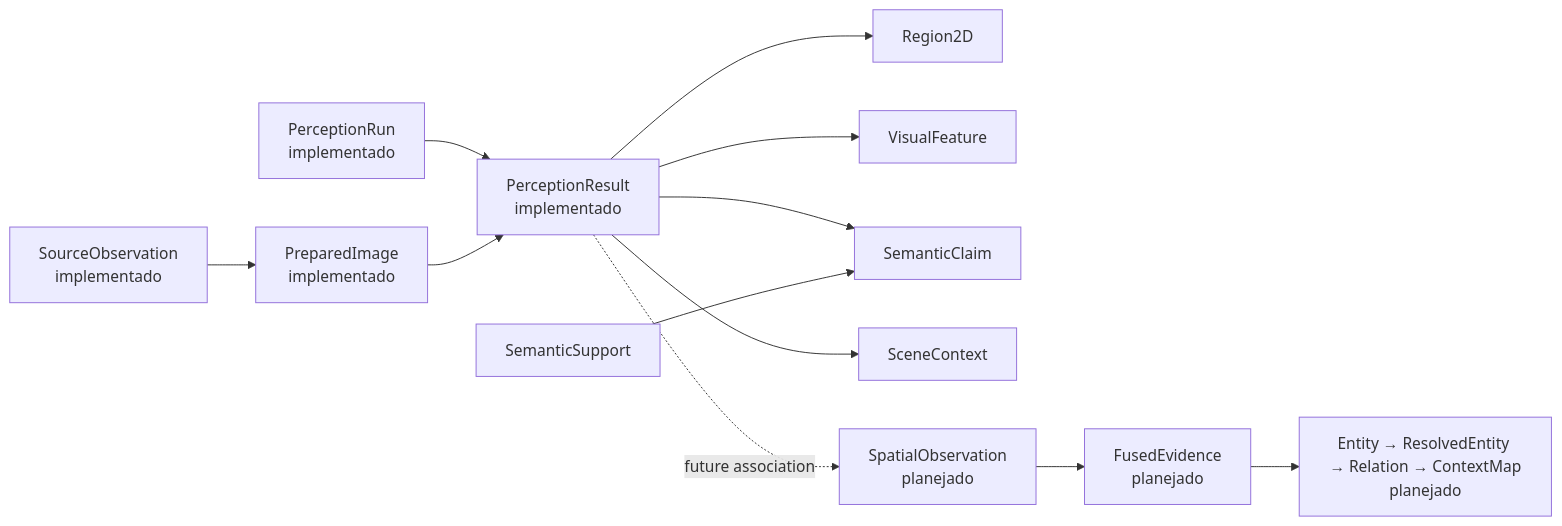
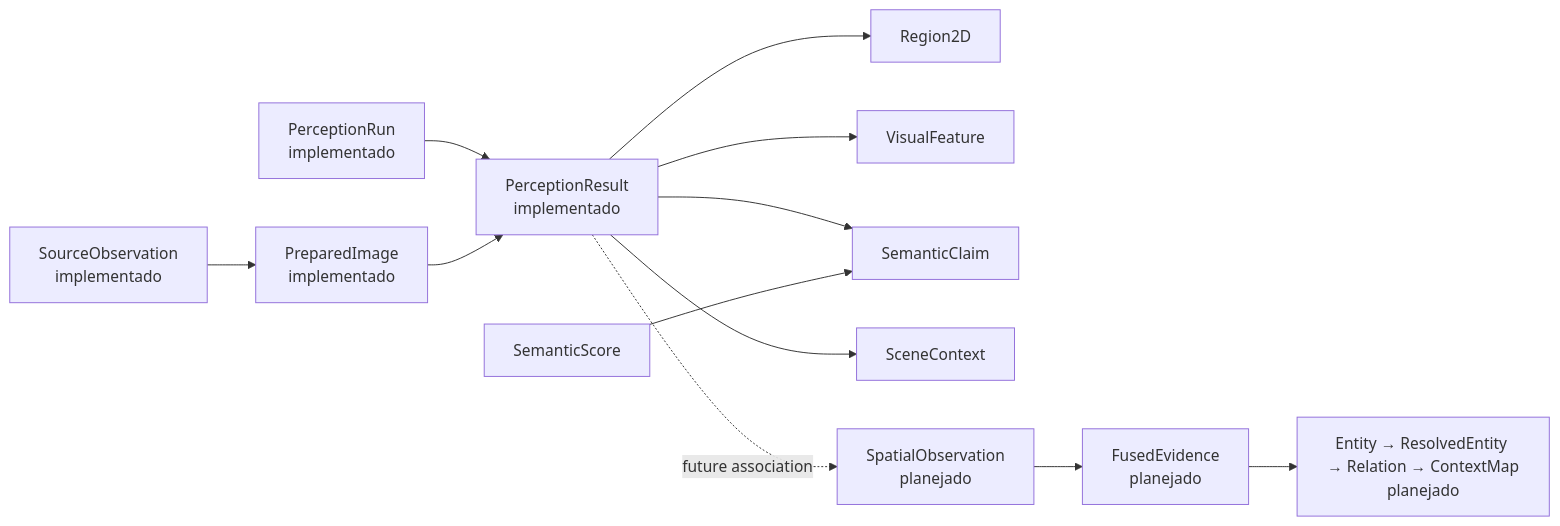
One commit to Alexandre-Tortoza/contextmap2 changed the first of 4 diagrams in docs/CONTRACTS.md. Above: the diagram before and after it, drawn with Mermaid. The commit also changed other lines of this file and 17 other files, not shown here.

````diff
--- a/docs/CONTRACTS.md
+++ b/docs/CONTRACTS.md
@@ -22,14 +22,14 @@
 ```mermaid
 flowchart LR
     SO["SourceObservation<br/>implementado"] --> PI["PreparedImage<br/>implementado"]
     RUN["PerceptionRun<br/>implementado"] --> PR["PerceptionResult<br/>implementado"]
     PI --> PR
     PR --> R["Region2D"]
     PR --> VF["VisualFeature"]
     PR --> SC["SemanticClaim"]
     PR --> CTX["SceneContext"]
-    SS["SemanticSupport"] --> SC
+    SS["SemanticScore"] --> SC
     PR -. future association .-> SP["SpatialObservation<br/>planejado"]
     SP --> FE["FusedEvidence<br/>planejado"]
     FE --> E["Entity → ResolvedEntity → Relation → ContextMap<br/>planejado"]
 ```
````
